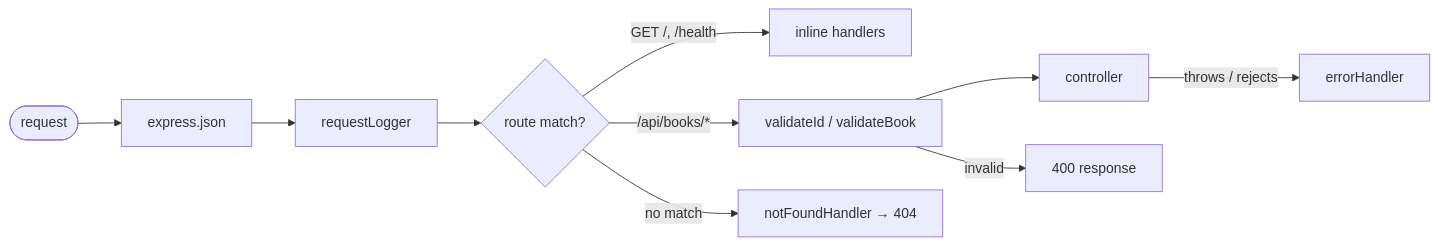
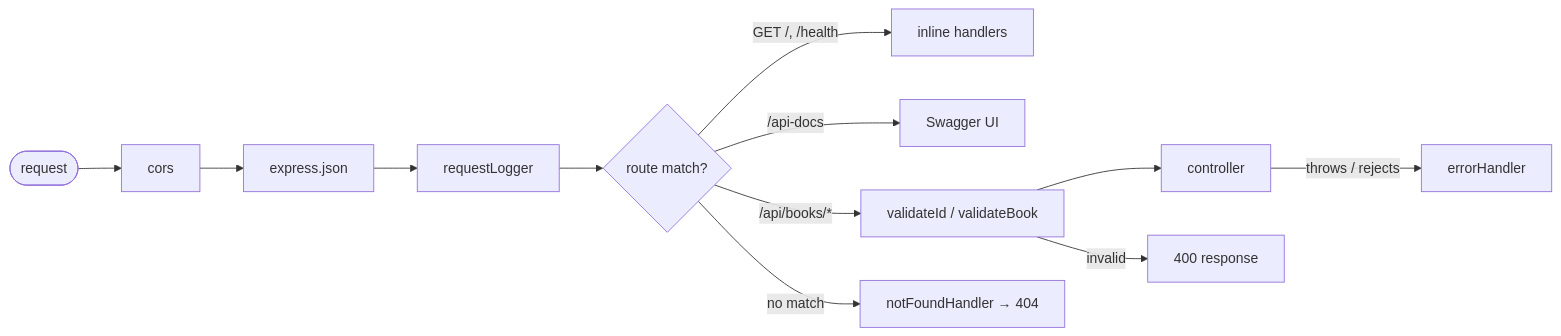
Before and after one commit to das77/fsep-node-express-api: the second of 5 diagrams in docs/ARCHITECTURE.md, drawn with Mermaid. The commit also changed other lines of this file and 2 other files, not shown here.

Commit message:
docs: update README and architecture/design docs to include Swagger UI and API documentation details

````diff
--- a/docs/ARCHITECTURE.md
+++ b/docs/ARCHITECTURE.md
@@ -37,12 +37,14 @@
 ```mermaid
 flowchart LR
-    IN([request]) --> J[express.json]
+    IN([request]) --> CO[cors]
+    CO --> J[express.json]
     J --> L[requestLogger]
     L --> RT{route match?}
     RT -->|"GET /, /health"| H[inline handlers]
+    RT -->|"/api-docs"| SW[Swagger UI]
     RT -->|"/api/books/*"| V[validateId / validateBook]
     V --> CT[controller]
     RT -->|no match| NF[notFoundHandler → 404]
     CT -->|throws / rejects| EH[errorHandler]
     V -->|invalid| B4[400 response]
 ```
````
